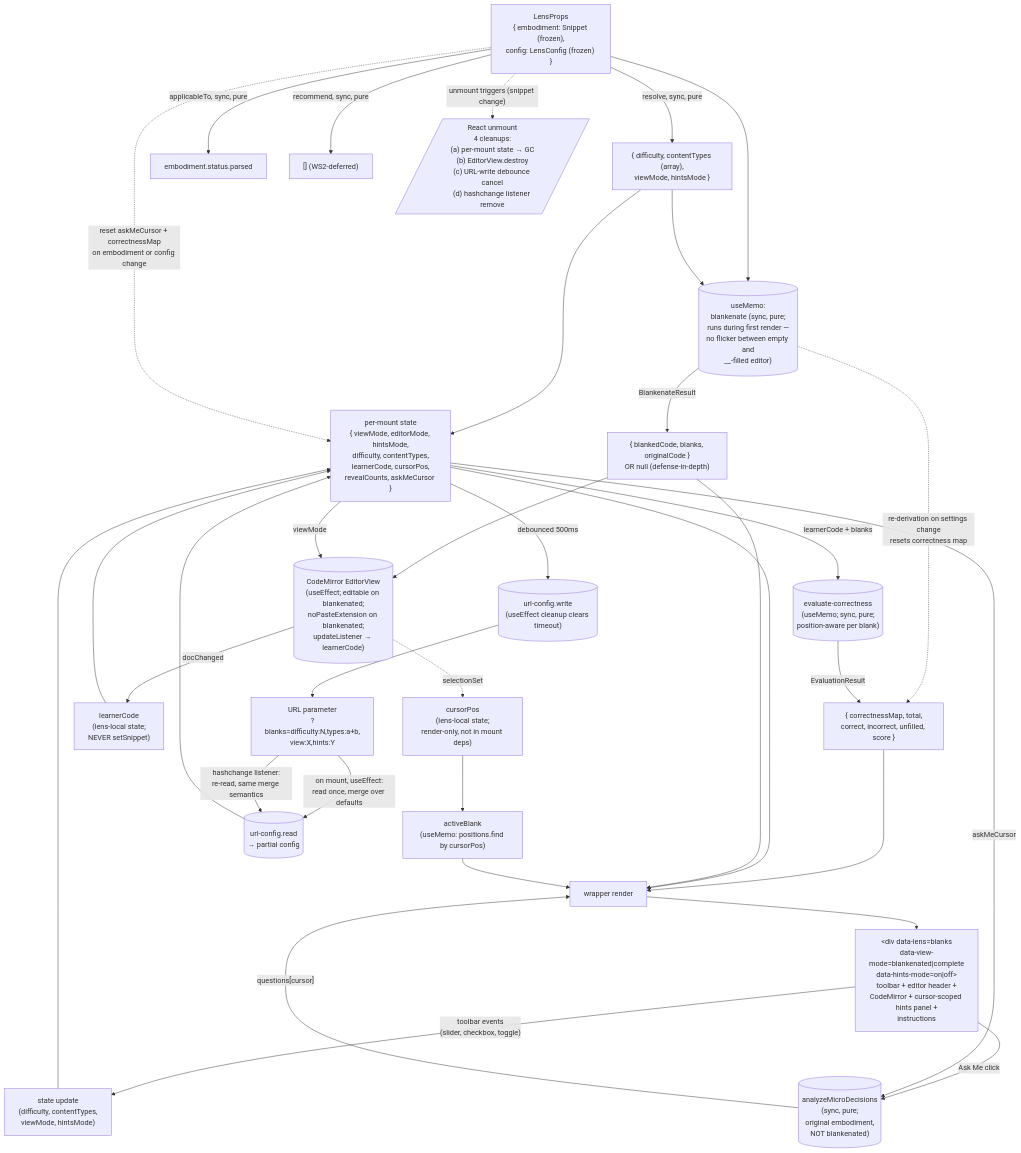
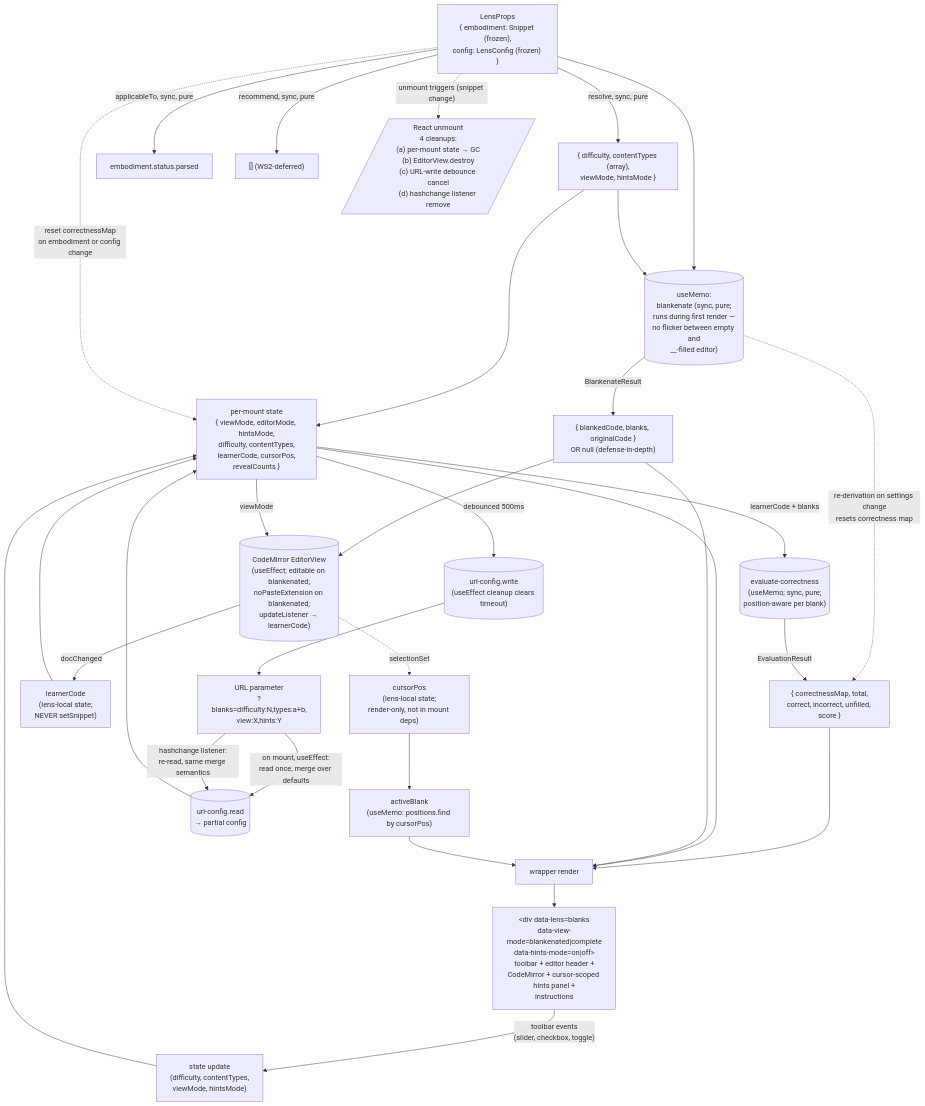
The diagram in src/lib/just-enough/javascript/lenses/blanks/DOCS.md (codeschoolinabox/curricula), drawn with Mermaid before and after one commit. The commit also changed other lines of this file and 4 other files, not shown here.

````diff
--- a/src/lib/just-enough/javascript/lenses/blanks/DOCS.md
+++ b/src/lib/just-enough/javascript/lenses/blanks/DOCS.md
@@ -202,51 +191,48 @@
 ```mermaid
 flowchart TD
     Props["LensProps<br/>{ embodiment: Snippet (frozen),<br/>config: LensConfig (frozen) }"]
 
     Props -->|"resolve, sync, pure"| ResolvedConfig["{ difficulty, contentTypes (array),<br/>viewMode, hintsMode }"]
     Props -->|"applicableTo, sync, pure"| Gate["embodiment.status.parsed"]
     Props -->|"recommend, sync, pure"| Recs["[] (WS2-deferred)"]
 
-    ResolvedConfig --> State["per-mount state<br/>{ viewMode, editorMode, hintsMode,<br/>difficulty, contentTypes,<br/>learnerCode, cursorPos,<br/>revealCounts, askMeCursor }"]
+    ResolvedConfig --> State["per-mount state<br/>{ viewMode, editorMode, hintsMode,<br/>difficulty, contentTypes,<br/>learnerCode, cursorPos,<br/>revealCounts }"]
 
     Props --> Memo
     ResolvedConfig --> Memo[("useMemo:<br/>blankenate (sync, pure;<br/>runs during first render —<br/>no flicker between empty and<br/>__-filled editor)")]
 
     Memo -->|"BlankenateResult"| Blanks["{ blankedCode, blanks, originalCode }<br/>OR null (defense-in-depth)"]
     Memo -.->|"re-derivation on settings change<br/>resets correctness map"| Correctness
 
     Blanks --> Editor
     State -->|"viewMode"| Editor[("CodeMirror EditorView<br/>(useEffect; editable on blankenated;<br/>noPasteExtension on blankenated;<br/>updateListener → learnerCode)")]
 
     Editor -->|"docChanged"| LearnerCode["learnerCode<br/>(lens-local state;<br/>NEVER setSnippet)"]
     LearnerCode --> State
 
     State -->|"learnerCode + blanks"| Eval[("evaluate-correctness<br/>(useMemo; sync, pure;<br/>position-aware per blank)")]
     Eval -->|"EvaluationResult"| Correctness["{ correctnessMap, total,<br/>correct, incorrect, unfilled, score }"]
     Correctness --> Render
 
     Editor -.->|"selectionSet"| CursorPos["cursorPos<br/>(lens-local state;<br/>render-only, not in mount deps)"]
     CursorPos --> ActiveBlank["activeBlank<br/>(useMemo: positions.find by cursorPos)"]
 
     State --> Render["wrapper render"]
     Blanks --> Render
     ActiveBlank --> Render
 
     Render --> DOM["&lt;div data-lens=blanks<br/>data-view-mode=blankenated|complete<br/>data-hints-mode=on|off&gt;<br/>toolbar + editor header +<br/>CodeMirror + cursor-scoped hints panel +<br/>instructions"]
 
     DOM -->|"toolbar events<br/>(slider, checkbox, toggle)"| ConfigUpdate["state update<br/>(difficulty, contentTypes,<br/>viewMode, hintsMode)"]
     ConfigUpdate --> State
 
     State -->|"debounced 500ms"| URLWrite[("url-config.write<br/>(useEffect cleanup clears timeout)")]
     URLWrite --> URL["URL parameter<br/>?blanks=difficulty:N,types:a+b,<br/>view:X,hints:Y"]
     URL -->|"on mount, useEffect:<br/>read once, merge over defaults"| URLRead[("url-config.read<br/>→ partial config")]
     URL -->|"hashchange listener:<br/>re-read, same merge semantics"| URLRead
     URLRead --> State
 
-    DOM -->|"Ask Me click"| AskMe[("analyzeMicroDecisions<br/>(sync, pure;<br/>original embodiment,<br/>NOT blankenated)")]
-    AskMe -->|"questions[cursor]"| Render
-    State -->|"askMeCursor"| AskMe
-    Props -.->|"reset askMeCursor + correctnessMap<br/>on embodiment or config change"| State
+    Props -.->|"reset correctnessMap<br/>on embodiment or config change"| State
 
     Props -.->|"unmount triggers (snippet change)"| Unmount[/"React unmount<br/>4 cleanups:<br/>(a) per-mount state → GC<br/>(b) EditorView.destroy<br/>(c) URL-write debounce cancel<br/>(d) hashchange listener remove"/]
 ```
````
